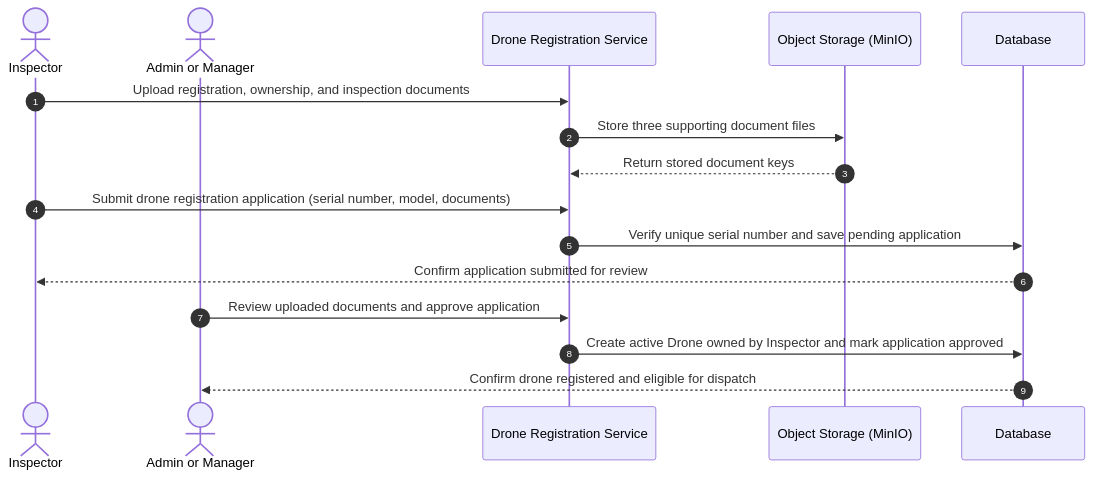
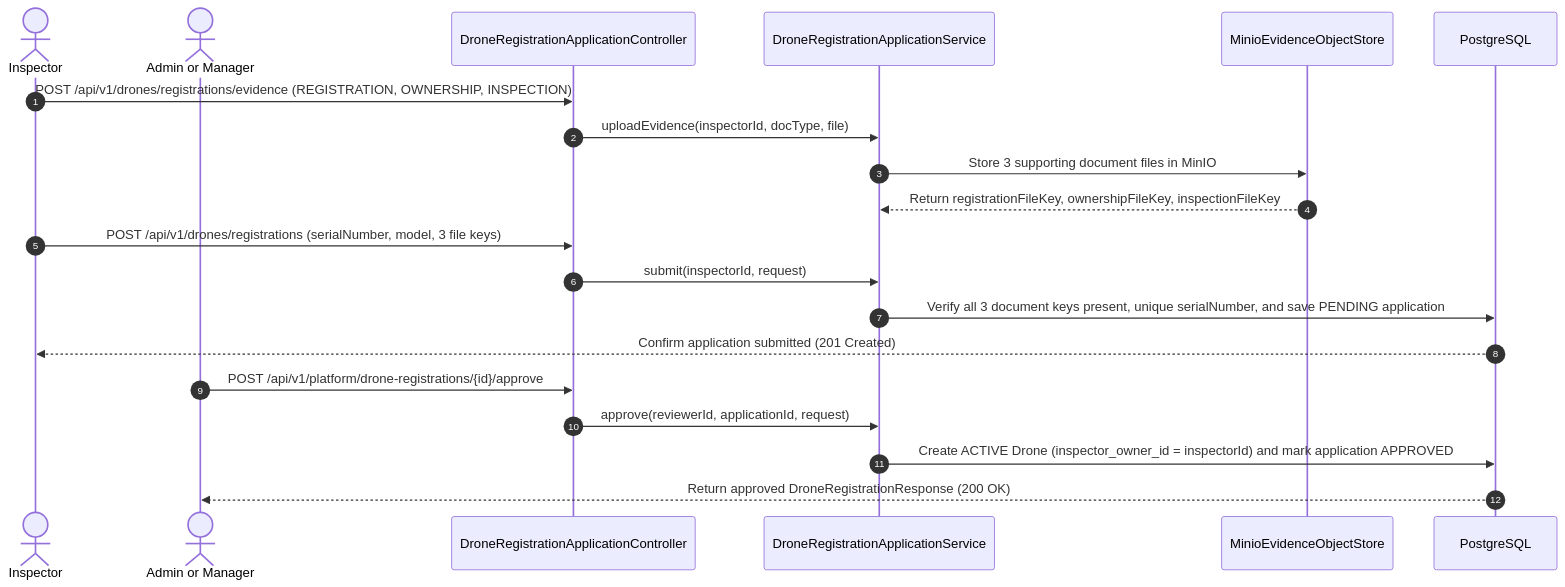
Before and after one commit to tungbach12/SmartDroneInspection-Docs: the seventh of 26 diagrams in reports/report-4-software-design-document/03-detailed-design.md, drawn with Mermaid. The commit also changed other lines of this file and 94 other files, not shown here.

````diff
--- a/reports/report-4-software-design-document/03-detailed-design.md
+++ b/reports/report-4-software-design-document/03-detailed-design.md
@@ -251,22 +340,26 @@
 ```mermaid
-%% title: FE-02 Inspector-Owned Drone Registration and Review Sequence Diagram
+%% title: FE-02 Inspector-Owned Drone Registration and Approval Sequence Diagram
 sequenceDiagram
   autonumber
   actor Insp as Inspector
-  actor Admin as Admin or Manager
-  participant DroneSvc as Drone Registration Service
-  participant Storage as Object Storage (MinIO)
-  participant DB as Database
+  actor Mgr as Admin or Manager
+  participant Ctrl as DroneRegistrationApplicationController
+  participant Svc as DroneRegistrationApplicationService
+  participant Store as MinioEvidenceObjectStore
+  participant DB as PostgreSQL
 
-  Insp->>DroneSvc: Upload registration, ownership, and inspection documents
-  DroneSvc->>Storage: Store three supporting document files
-  Storage-->>DroneSvc: Return stored document keys
+  Insp->>Ctrl: POST /api/v1/drones/registrations/evidence (REGISTRATION, OWNERSHIP, INSPECTION)
+  Ctrl->>Svc: uploadEvidence(inspectorId, docType, file)
+  Svc->>Store: Store 3 supporting document files in MinIO
+  Store-->>Svc: Return registrationFileKey, ownershipFileKey, inspectionFileKey
 
-  Insp->>DroneSvc: Submit drone registration application (serial number, model, documents)
-  DroneSvc->>DB: Verify unique serial number and save pending application
-  DB-->>Insp: Confirm application submitted for review
+  Insp->>Ctrl: POST /api/v1/drones/registrations (serialNumber, model, 3 file keys)
+  Ctrl->>Svc: submit(inspectorId, request)
+  Svc->>DB: Verify all 3 document keys present, unique serialNumber, and save PENDING application
+  DB-->>Insp: Confirm application submitted (201 Created)
 
-  Admin->>DroneSvc: Review uploaded documents and approve application
-  DroneSvc->>DB: Create active Drone owned by Inspector and mark application approved
-  DB-->>Admin: Confirm drone registered and eligible for dispatch
+  Mgr->>Ctrl: POST /api/v1/platform/drone-registrations/{id}/approve
+  Ctrl->>Svc: approve(reviewerId, applicationId, request)
+  Svc->>DB: Create ACTIVE Drone (inspector_owner_id = inspectorId) and mark application APPROVED
+  DB-->>Mgr: Return approved DroneRegistrationResponse (200 OK)
 ```
````
